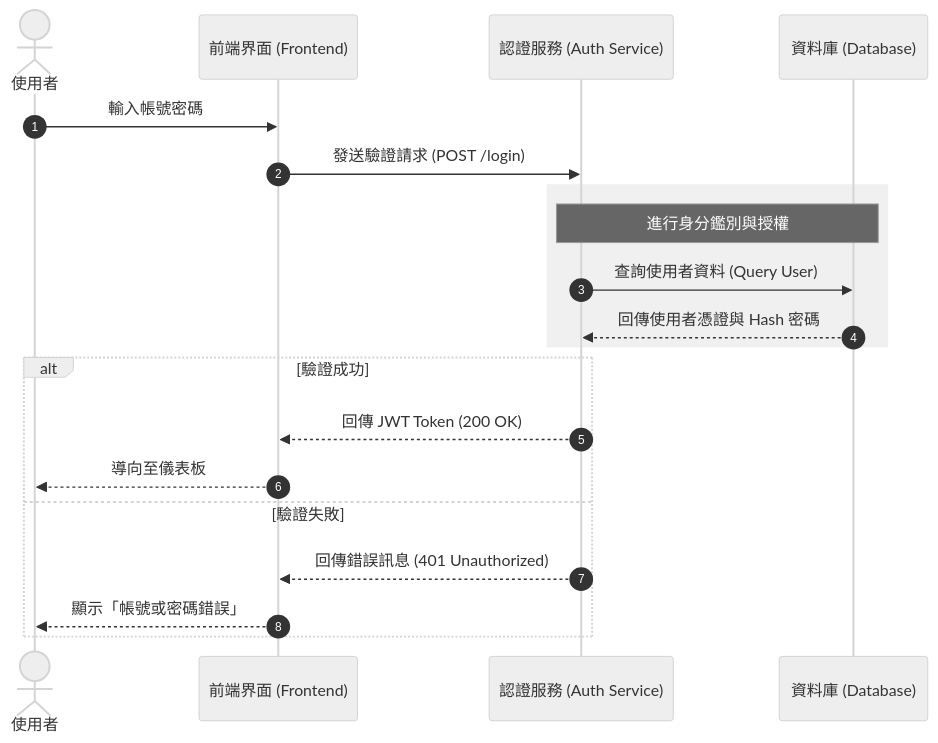
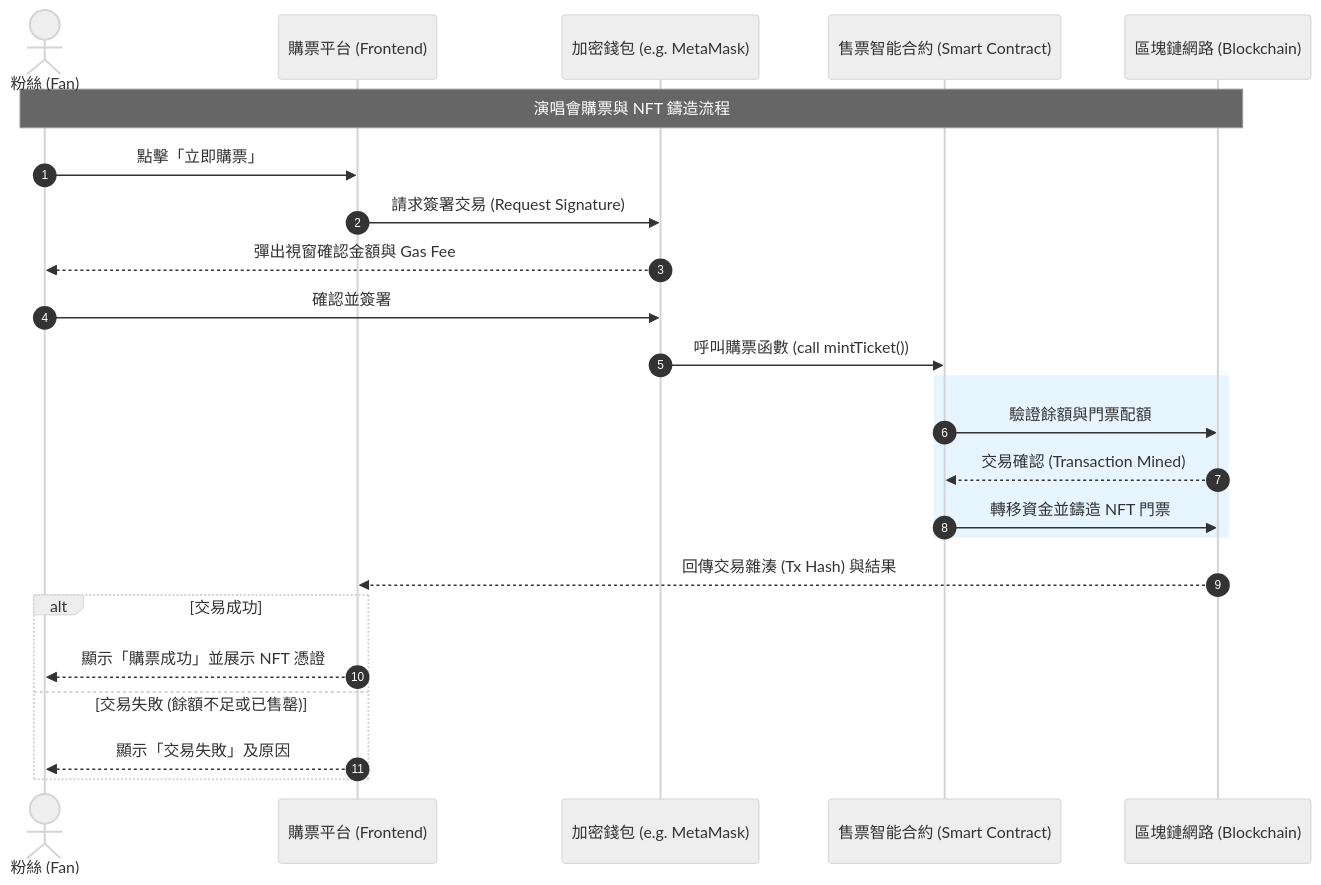
The diagram in sequence diagram.md (c112118115-ctrl/114-1a), drawn with Mermaid (neutral theme) before and after one commit.

Commit message:
Update sequence diagram.md

````diff
--- a/sequence diagram.md
+++ b/sequence diagram.md
@@ -1,27 +1,34 @@
 ```mermaid
 
 sequenceDiagram
     autonumber
-    actor User as 使用者
-    participant FE as 前端界面 (Frontend)
-    participant Auth as 認證服務 (Auth Service)
-    participant DB as 資料庫 (Database)
+    actor Fan as 粉絲 (Fan)
+    participant FE as 購票平台 (Frontend)
+    participant Wallet as 加密錢包 (e.g. MetaMask)
+    participant SC as 售票智能合約 (Smart Contract)
+    participant BC as 區塊鏈網路 (Blockchain)
 
-    User->>FE: 輸入帳號密碼
-    FE->>Auth: 發送驗證請求 (POST /login)
+    Note over Fan, BC: 演唱會購票與 NFT 鑄造流程
+
+    Fan->>FE: 點擊「立即購票」
+    FE->>Wallet: 請求簽署交易 (Request Signature)
+    Wallet-->>Fan: 彈出視窗確認金額與 Gas Fee
     
-    rect rgb(240, 240, 240)
-        Note over Auth, DB: 進行身分鑑別與授權
-        Auth->>DB: 查詢使用者資料 (Query User)
-        DB-->>Auth: 回傳使用者憑證與 Hash 密碼
+    Fan->>Wallet: 確認並簽署
+    Wallet->>SC: 呼叫購票函數 (call mintTicket())
+    
+    rect rgb(230, 245, 255)
+        SC->>BC: 驗證餘額與門票配額
+        BC-->>SC: 交易確認 (Transaction Mined)
+        SC->>BC: 轉移資金並鑄造 NFT 門票
     end
 
-    alt 驗證成功
-        Auth-->>FE: 回傳 JWT Token (200 OK)
-        FE-->>User: 導向至儀表板
-    else 驗證失敗
-        Auth-->>FE: 回傳錯誤訊息 (401 Unauthorized)
-        FE-->>User: 顯示「帳號或密碼錯誤」
+    BC-->>FE: 回傳交易雜湊 (Tx Hash) 與結果
+    
+    alt 交易成功
+        FE-->>Fan: 顯示「購票成功」並展示 NFT 憑證
+    else 交易失敗 (餘額不足或已售罄)
+        FE-->>Fan: 顯示「交易失敗」及原因
     end
 
 ```
````
